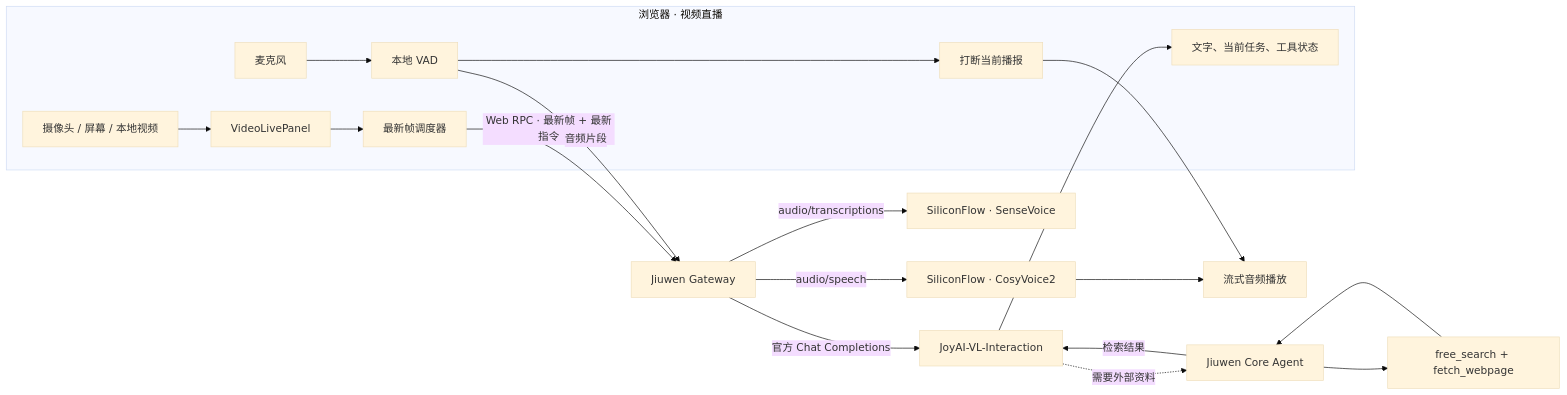
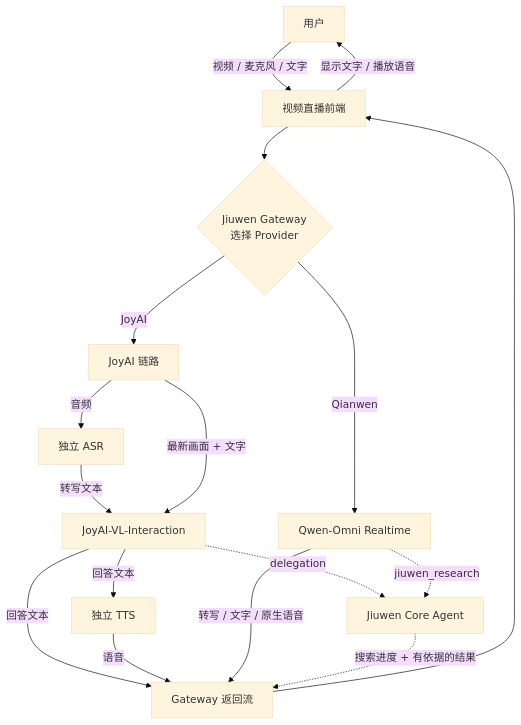
The first of 9 diagrams in docs/zh/视频直播.md (openJiuwen-ai/jiuwenclaw), drawn with Mermaid (base theme) before and after one commit. The commit also changed other lines of this file and 30 other files, not shown here.

Commit message:
feat(video): add Qwen realtime and split provider pipelines

````diff
--- a/docs/zh/视频直播.md
+++ b/docs/zh/视频直播.md
@@ -7,24 +7,22 @@
 ```mermaid
-flowchart LR
-    subgraph Browser["浏览器 · 视频直播"]
-        Media["摄像头 / 屏幕 / 本地视频"] --> Panel["VideoLivePanel"]
-        Mic["麦克风"] --> VAD["本地 VAD"]
-        Panel --> Frame["最新帧调度器"]
-        VAD --> Interrupt["打断当前播报"]
-        UI["文字、当前任务、工具状态"]
-    end
+flowchart TB
+    User["用户"] -->|"视频 / 麦克风 / 文字"| Frontend["视频直播前端"]
+    Frontend --> Gateway{"Jiuwen Gateway<br/>选择 Provider"}
 
-    Frame -->|"Web RPC · 最新帧 + 最新指令"| Gateway["Jiuwen Gateway"]
-    VAD -->|"音频片段"| Gateway
-    Gateway -->|"官方 Chat Completions"| JoyAI["JoyAI-VL-Interaction"]
-    Gateway -->|"audio/transcriptions"| ASR["SiliconFlow · SenseVoice"]
-    Gateway -->|"audio/speech"| TTS["SiliconFlow · CosyVoice2"]
-    JoyAI --> UI
-    TTS --> Player["流式音频播放"]
-    Interrupt --> Player
+    Gateway -->|"JoyAI"| JoyPath["JoyAI 链路"]
+    JoyPath -->|"音频"| ASR["独立 ASR"]
+    ASR -->|"转写文本"| JoyAI["JoyAI-VL-Interaction"]
+    JoyPath -->|"最新画面 + 文字"| JoyAI
+    JoyAI -->|"回答文本"| TTS["独立 TTS"]
+    JoyAI -->|"回答文本"| Return["Gateway 返回流"]
+    TTS -->|"语音"| Return
 
-    JoyAI -. "需要外部资料" .-> Agent["Jiuwen Core Agent"]
-    Agent --> Search["free_search + fetch_webpage"]
-    Search --> Agent
-    Agent -->|"检索结果"| JoyAI
+    Gateway -->|"Qianwen"| Qwen["Qwen-Omni Realtime"]
+    Qwen -->|"转写 / 文字 / 原生语音"| Return
+
+    JoyAI -. "delegation" .-> Agent["Jiuwen Core Agent"]
+    Qwen -. "jiuwen_research" .-> Agent
+    Agent -. "搜索进度 + 有依据的结果" .-> Return
+    Return --> Frontend
+    Frontend -->|"显示文字 / 播放语音"| User
 ```
````
